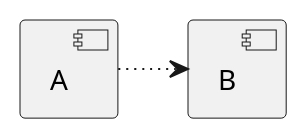
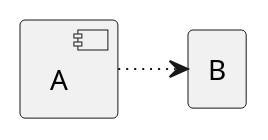
Before and after one commit to gigl-uml/Guide_uml_polymtl: the diagram in plant_uml/dependencyRelationshipComponent.plantuml, drawn with PlantUML. The commit also changed 4 other files, not shown here.

Commit message:
update in dependency + realization of component diagram

```diff
--- a/plant_uml/dependencyRelationshipComponent.plantuml
+++ b/plant_uml/dependencyRelationshipComponent.plantuml
@@ -1,7 +1,7 @@
 @startuml
 skinparam backgroundcolor transparent
 component A
-component B
+rectangle B
 
 A -[dotted]r-> B
 @enduml
```
